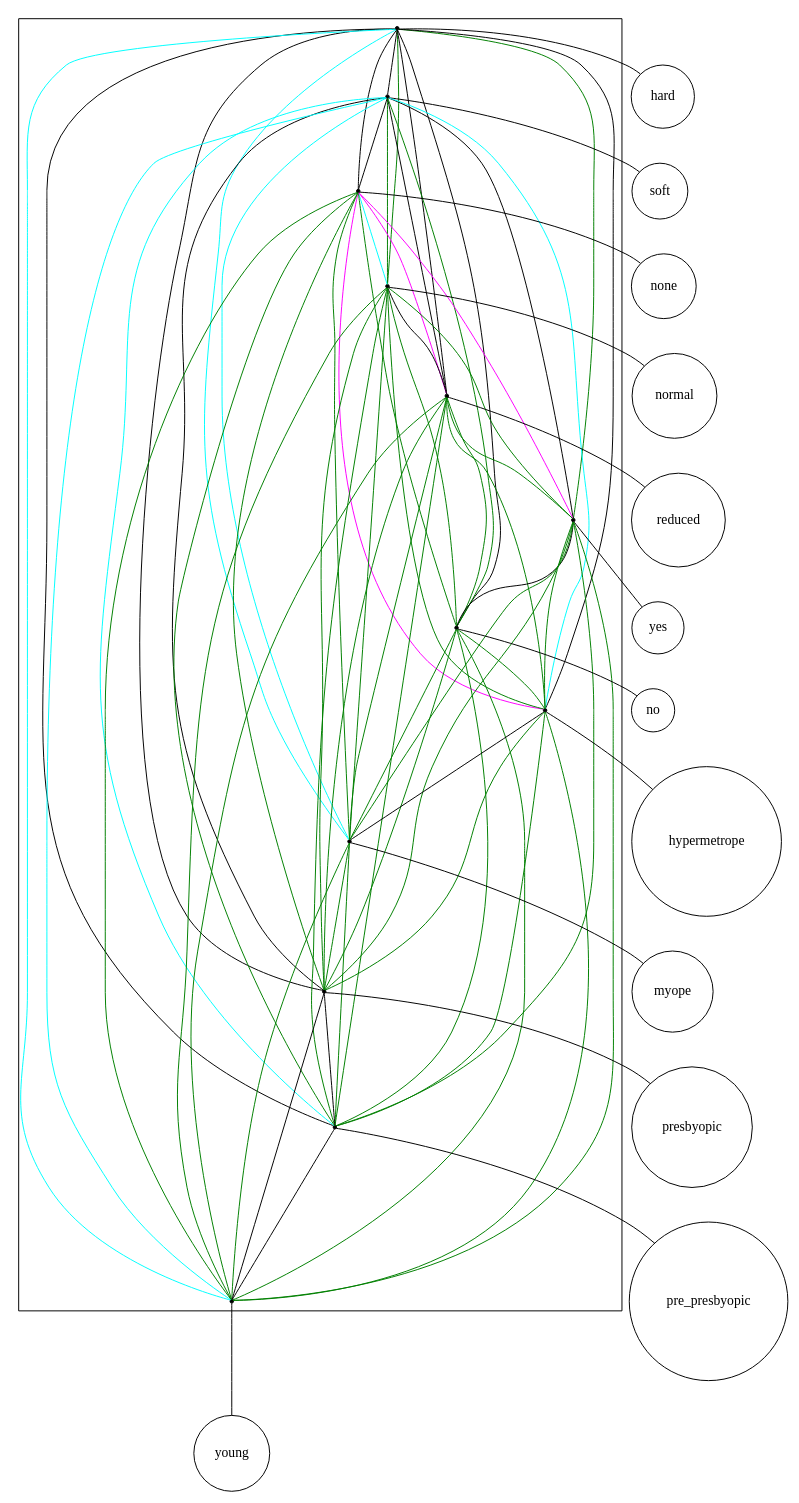
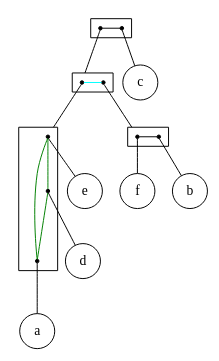
Before and after one commit to lrodrin/TFG: the diagram in src/final/exponential_2-structure.dot, drawn with Graphviz. The commit also changed 13 other files, not shown here.

```diff
--- a/src/final/exponential_2-structure.dot
+++ b/src/final/exponential_2-structure.dot
@@ -1,101 +1,47 @@
 strict digraph "exponential_2-structure" {
 compound=true;
 fontname=Verdana;
 fontsize=12;
 newrank=true;
 node [shape=circle];
-hard;
-soft;
-none;
-normal;
-reduced;
-yes;
-no;
-hypermetrope;
-myope;
-presbyopic;
-pre_presbyopic;
-young;
-subgraph cluster_presbyopicsoftnormalhardnonehypermetropereducedpre_presbyopicyoungyesnomyope {
+c;
+e;
+d;
+a;
+f;
+b;
+subgraph cluster_abdefc {
+rank=same;
 node [shape=point];
-s_hard -> s_soft  [color=black, arrowhead=none];
-s_hard -> s_none  [color=black, arrowhead=none];
-s_hard -> s_normal  [color=green, arrowhead=none];
-s_hard -> s_reduced  [color=black, arrowhead=none];
-s_hard -> s_yes  [color=green, arrowhead=none];
-s_hard -> s_no  [color=black, arrowhead=none];
-s_hard -> s_hypermetrope  [color=black, arrowhead=none];
-s_hard -> s_myope  [color=cyan, arrowhead=none];
-s_hard -> s_presbyopic  [color=black, arrowhead=none];
-s_hard -> s_pre_presbyopic  [color=black, arrowhead=none];
-s_hard -> s_young  [color=cyan, arrowhead=none];
-s_soft -> s_none  [color=black, arrowhead=none];
-s_soft -> s_normal  [color=green, arrowhead=none];
-s_soft -> s_reduced  [color=black, arrowhead=none];
-s_soft -> s_yes  [color=black, arrowhead=none];
-s_soft -> s_no  [color=green, arrowhead=none];
-s_soft -> s_hypermetrope  [color=cyan, arrowhead=none];
-s_soft -> s_myope  [color=cyan, arrowhead=none];
-s_soft -> s_presbyopic  [color=black, arrowhead=none];
-s_soft -> s_pre_presbyopic  [color=cyan, arrowhead=none];
-s_soft -> s_young  [color=cyan, arrowhead=none];
-s_none -> s_normal  [color=cyan, arrowhead=none];
-s_none -> s_reduced  [color=magenta, arrowhead=none];
-s_none -> s_yes  [color=magenta, arrowhead=none];
-s_none -> s_no  [color=green, arrowhead=none];
-s_none -> s_hypermetrope  [color=magenta, arrowhead=none];
-s_none -> s_myope  [color=green, arrowhead=none];
-s_none -> s_presbyopic  [color=green, arrowhead=none];
-s_none -> s_pre_presbyopic  [color=green, arrowhead=none];
-s_none -> s_young  [color=green, arrowhead=none];
-s_normal -> s_reduced  [color=black, arrowhead=none];
-s_normal -> s_yes  [color=green, arrowhead=none];
-s_normal -> s_no  [color=green, arrowhead=none];
-s_normal -> s_hypermetrope  [color=green, arrowhead=none];
-s_normal -> s_myope  [color=green, arrowhead=none];
-s_normal -> s_presbyopic  [color=green, arrowhead=none];
-s_normal -> s_pre_presbyopic  [color=green, arrowhead=none];
-s_normal -> s_young  [color=green, arrowhead=none];
-s_reduced -> s_yes  [color=green, arrowhead=none];
-s_reduced -> s_no  [color=green, arrowhead=none];
-s_reduced -> s_hypermetrope  [color=green, arrowhead=none];
-s_reduced -> s_myope  [color=green, arrowhead=none];
-s_reduced -> s_presbyopic  [color=green, arrowhead=none];
-s_reduced -> s_pre_presbyopic  [color=green, arrowhead=none];
-s_reduced -> s_young  [color=green, arrowhead=none];
-s_yes -> s_no  [color=black, arrowhead=none];
-s_yes -> s_hypermetrope  [color=green, arrowhead=none];
-s_yes -> s_myope  [color=green, arrowhead=none];
-s_yes -> s_presbyopic  [color=green, arrowhead=none];
-s_yes -> s_pre_presbyopic  [color=green, arrowhead=none];
-s_yes -> s_young  [color=green, arrowhead=none];
-s_no -> s_hypermetrope  [color=green, arrowhead=none];
-s_no -> s_myope  [color=green, arrowhead=none];
-s_no -> s_presbyopic  [color=green, arrowhead=none];
-s_no -> s_pre_presbyopic  [color=green, arrowhead=none];
-s_no -> s_young  [color=green, arrowhead=none];
-s_hypermetrope -> s_myope  [color=black, arrowhead=none];
-s_hypermetrope -> s_presbyopic  [color=green, arrowhead=none];
-s_hypermetrope -> s_pre_presbyopic  [color=green, arrowhead=none];
-s_hypermetrope -> s_young  [color=green, arrowhead=none];
-s_myope -> s_presbyopic  [color=green, arrowhead=none];
-s_myope -> s_pre_presbyopic  [color=green, arrowhead=none];
-s_myope -> s_young  [color=green, arrowhead=none];
-s_presbyopic -> s_pre_presbyopic  [color=black, arrowhead=none];
-s_presbyopic -> s_young  [color=black, arrowhead=none];
-s_pre_presbyopic -> s_young  [color=black, arrowhead=none];
+s_abdef -> s_c  [arrowhead=none, color=black];
 }
 
-s_hard -> hard  [arrowhead=none];
-s_soft -> soft  [arrowhead=none];
-s_none -> none  [arrowhead=none];
-s_normal -> normal  [arrowhead=none];
-s_reduced -> reduced  [arrowhead=none];
-s_yes -> yes  [arrowhead=none];
-s_no -> no  [arrowhead=none];
-s_hypermetrope -> hypermetrope  [arrowhead=none];
-s_myope -> myope  [arrowhead=none];
-s_presbyopic -> presbyopic  [arrowhead=none];
-s_pre_presbyopic -> pre_presbyopic  [arrowhead=none];
-s_young -> young  [arrowhead=none];
+subgraph cluster_abdef {
+rank=same;
+node [shape=point];
+s_dea -> s_bf  [arrowhead=none, color=cyan];
 }
+
+subgraph cluster_dea {
+node [shape=point];
+s_e -> s_d  [arrowhead=none, color=green];
+s_e -> s_a  [arrowhead=none, color=green];
+s_d -> s_a  [arrowhead=none, color=green];
+}
+
+subgraph cluster_bf {
+rank=same;
+node [shape=point];
+s_f -> s_b  [arrowhead=none, color=black];
+}
+
+s_abdef -> s_dea  [arrowhead=none, lhead=cluster_abdef];
+s_c -> c  [arrowhead=none];
+s_dea -> s_e  [arrowhead=none, lhead=cluster_dea];
+s_bf -> s_f  [arrowhead=none, lhead=cluster_bf];
+s_e -> e  [arrowhead=none];
+s_d -> d  [arrowhead=none];
+s_a -> a  [arrowhead=none];
+s_f -> f  [arrowhead=none];
+s_b -> b  [arrowhead=none];
+}
```
